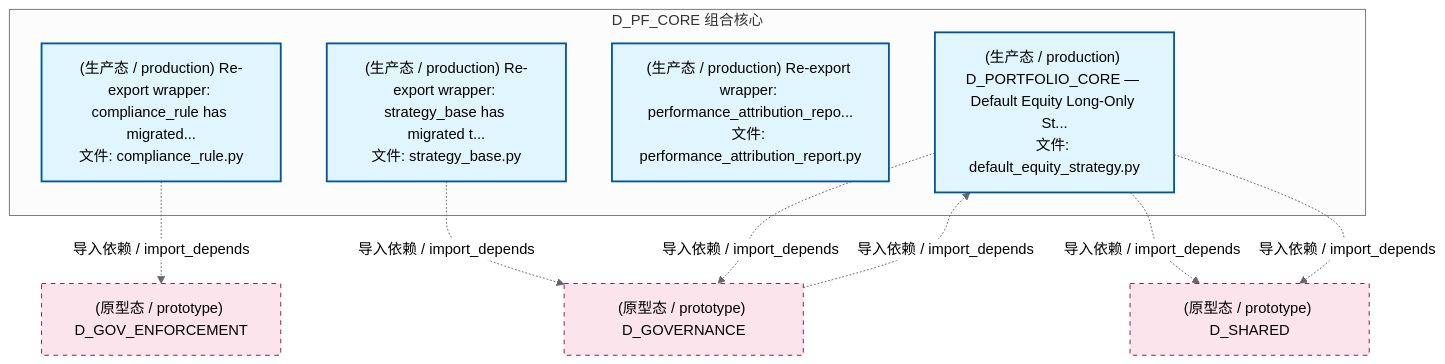
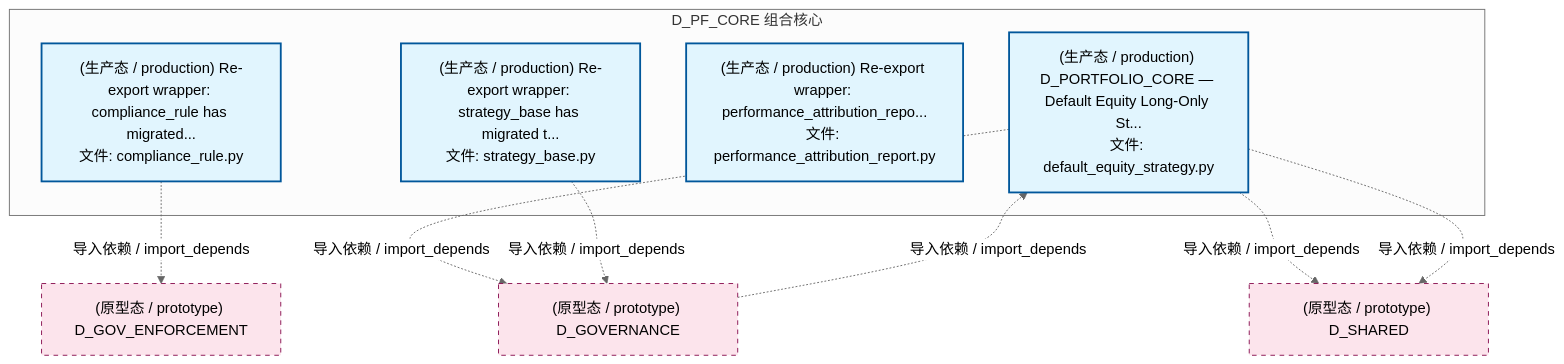
The second of 4 diagrams in docs/02_enterprise_architecture/02_domain_architecture_docs/44_d_pf_core.md (xuanFelixVan/ZephyrAlpha), drawn with Mermaid (neutral theme) before and after one commit. The commit also changed other lines of this file and 100 other files, not shown here.

````diff
--- a/docs/02_enterprise_architecture/02_domain_architecture_docs/44_d_pf_core.md
+++ b/docs/02_enterprise_architecture/02_domain_architecture_docs/44_d_pf_core.md
@@ -121,24 +121,24 @@
 ```mermaid
 graph TD
     subgraph D_PF_CORE["D_PF_CORE 组合核心"]
         src_zephyr_pf_core_compliance_rule_py["(生产态 / production) Re-export wrapper: compliance_rule has migrated...<br/>文件: compliance_rule.py"]
         src_zephyr_pf_core_default_equity_strategy_py["(生产态 / production) D_PORTFOLIO_CORE — Default Equity Long-Only St...<br/>文件: default_equity_strategy.py"]
         src_zephyr_pf_core_performance_attribution_report_py["(生产态 / production) Re-export wrapper: performance_attribution_repo...<br/>文件: performance_attribution_report.py"]
         src_zephyr_pf_core_strategy_base_py["(生产态 / production) Re-export wrapper: strategy_base has migrated t...<br/>文件: strategy_base.py"]
     end
     D_GOVERNANCE["(原型态 / prototype) D_GOVERNANCE"]
-    src_zephyr_pf_core_strategy_base_py -.->|导入依赖 / import_depends| D_GOVERNANCE
-    D_GOV_ENFORCEMENT["(原型态 / prototype) D_GOV_ENFORCEMENT"]
-    src_zephyr_pf_core_compliance_rule_py -.->|导入依赖 / import_depends| D_GOV_ENFORCEMENT
     src_zephyr_pf_core_default_equity_strategy_py -.->|导入依赖 / import_depends| D_GOVERNANCE
     D_SHARED["(原型态 / prototype) D_SHARED"]
     src_zephyr_pf_core_default_equity_strategy_py -.->|导入依赖 / import_depends| D_SHARED
     src_zephyr_pf_core_default_equity_strategy_py -.->|导入依赖 / import_depends| D_SHARED
+    D_GOV_ENFORCEMENT["(原型态 / prototype) D_GOV_ENFORCEMENT"]
+    src_zephyr_pf_core_compliance_rule_py -.->|导入依赖 / import_depends| D_GOV_ENFORCEMENT
+    src_zephyr_pf_core_strategy_base_py -.->|导入依赖 / import_depends| D_GOVERNANCE
     D_GOVERNANCE -.->|导入依赖 / import_depends| src_zephyr_pf_core_default_equity_strategy_py
     classDef production fill:#e1f5fe,stroke:#01579b,stroke-width:2px,color:#000
     classDef design fill:#fff3e0,stroke:#e65100,stroke-width:2px,color:#000,stroke-dasharray: 5 5
     classDef external_prod fill:#e8f5e9,stroke:#1b5e20,stroke-width:1px,color:#000
     classDef external_design fill:#fce4ec,stroke:#880e4f,stroke-width:1px,color:#000,stroke-dasharray: 5 5
     class src_zephyr_pf_core_compliance_rule_py,src_zephyr_pf_core_default_equity_strategy_py,src_zephyr_pf_core_performance_attribution_report_py,src_zephyr_pf_core_strategy_base_py production
-    class D_GOVERNANCE,D_GOV_ENFORCEMENT,D_SHARED external_design
+    class D_GOVERNANCE,D_SHARED,D_GOV_ENFORCEMENT external_design
 ```
````
